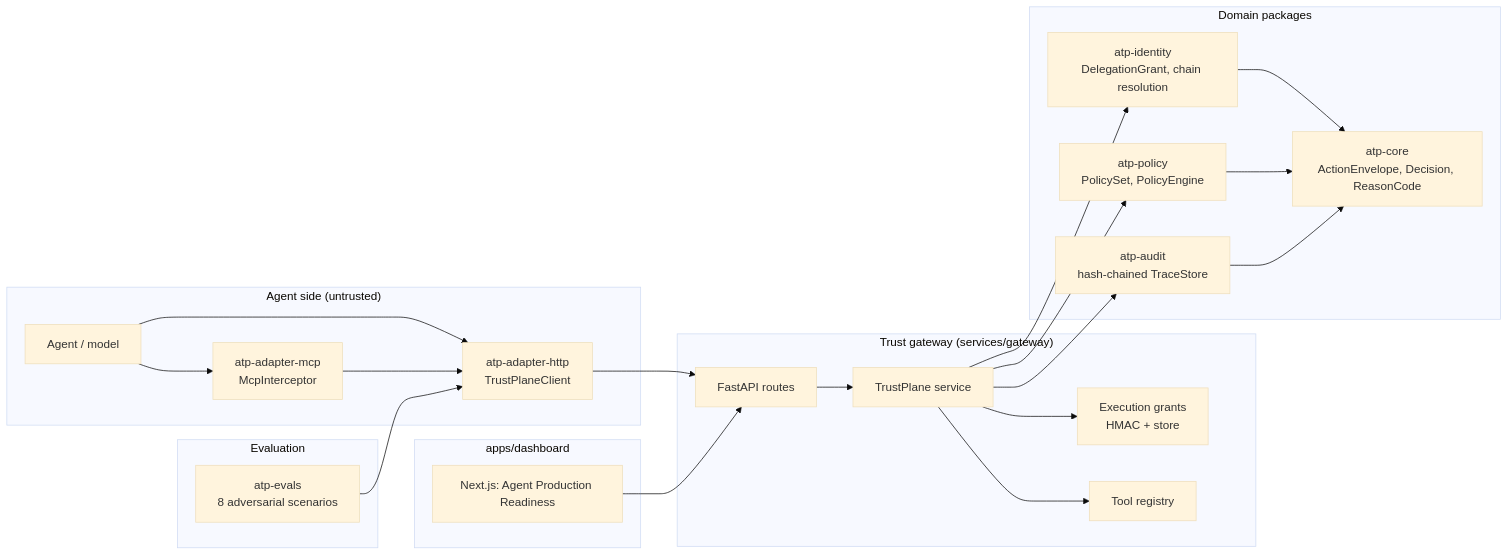
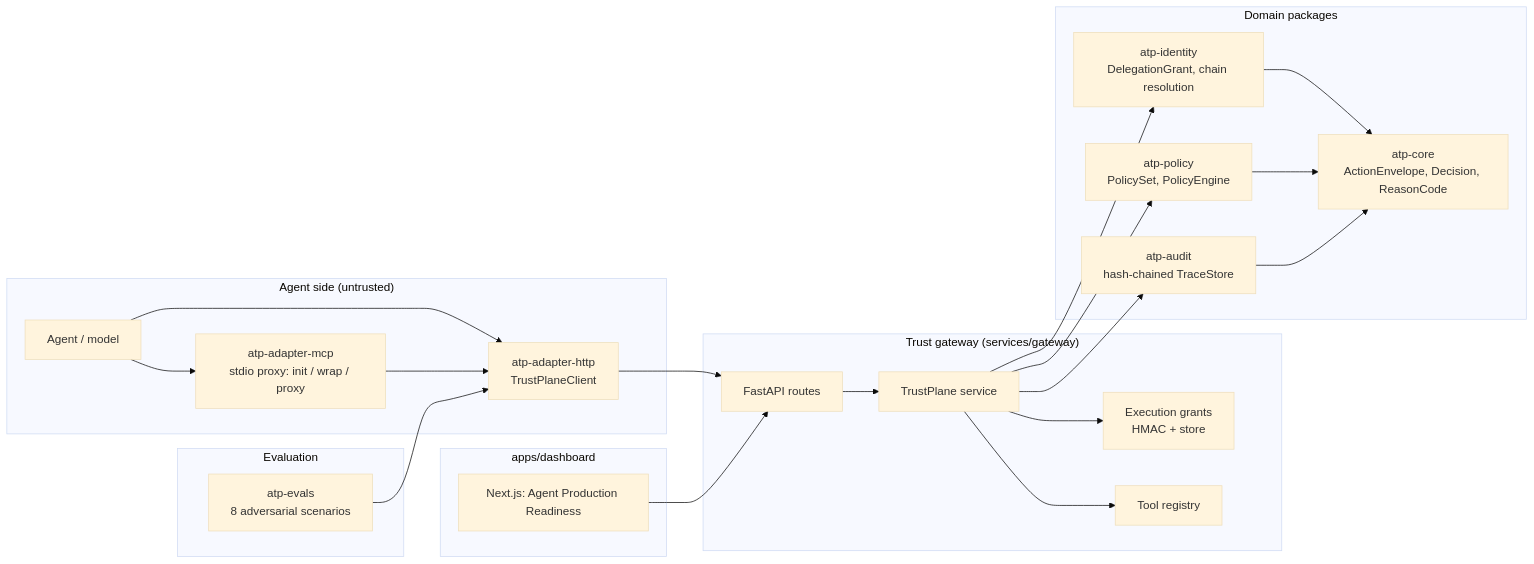
One commit to TimelessVisions/agent-trust-plane changed the first of 3 diagrams in docs/architecture/architecture.md. Above: the diagram before and after it, drawn with Mermaid (base theme). The commit also changed 15 other files, not shown here.

````diff
--- a/docs/architecture/architecture.md
+++ b/docs/architecture/architecture.md
@@ -9,44 +9,44 @@
 ```mermaid
 flowchart LR
     subgraph Agents["Agent side (untrusted)"]
         A[Agent / model]
         SDK[atp-adapter-http<br/>TrustPlaneClient]
-        MCP[atp-adapter-mcp<br/>McpInterceptor]
+        MCP[atp-adapter-mcp<br/>stdio proxy: init / wrap / proxy]
     end
 
     subgraph Gateway["Trust gateway (services/gateway)"]
         API[FastAPI routes]
         TP[TrustPlane service]
         G[Execution grants<br/>HMAC + store]
         T[Tool registry]
     end
 
     subgraph Packages["Domain packages"]
         CORE[atp-core<br/>ActionEnvelope, Decision, ReasonCode]
         ID[atp-identity<br/>DelegationGrant, chain resolution]
         POL[atp-policy<br/>PolicySet, PolicyEngine]
         AUD[atp-audit<br/>hash-chained TraceStore]
     end
 
     subgraph Eval["Evaluation"]
         EV[atp-evals<br/>8 adversarial scenarios]
     end
 
     subgraph UI["apps/dashboard"]
         D[Next.js: Agent Production Readiness]
     end
 
     A --> SDK --> API
     A --> MCP --> SDK
     API --> TP
     TP --> ID
     TP --> POL
     TP --> AUD
     TP --> G
     TP --> T
     ID --> CORE
     POL --> CORE
     AUD --> CORE
     EV --> SDK
     D --> API
 ```
````
